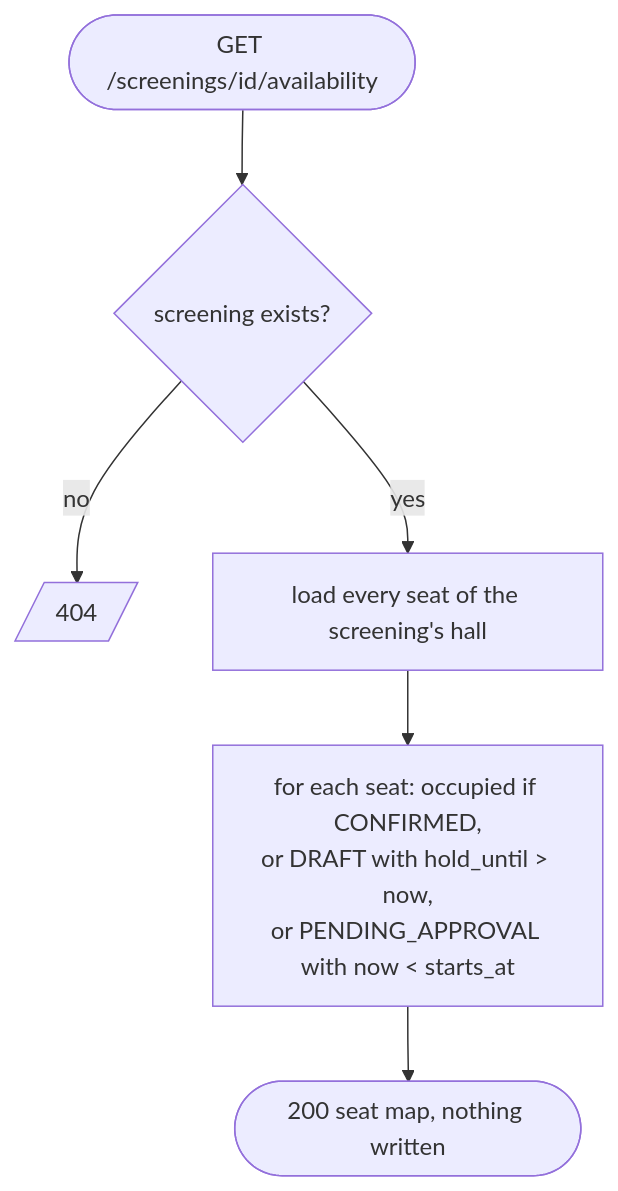
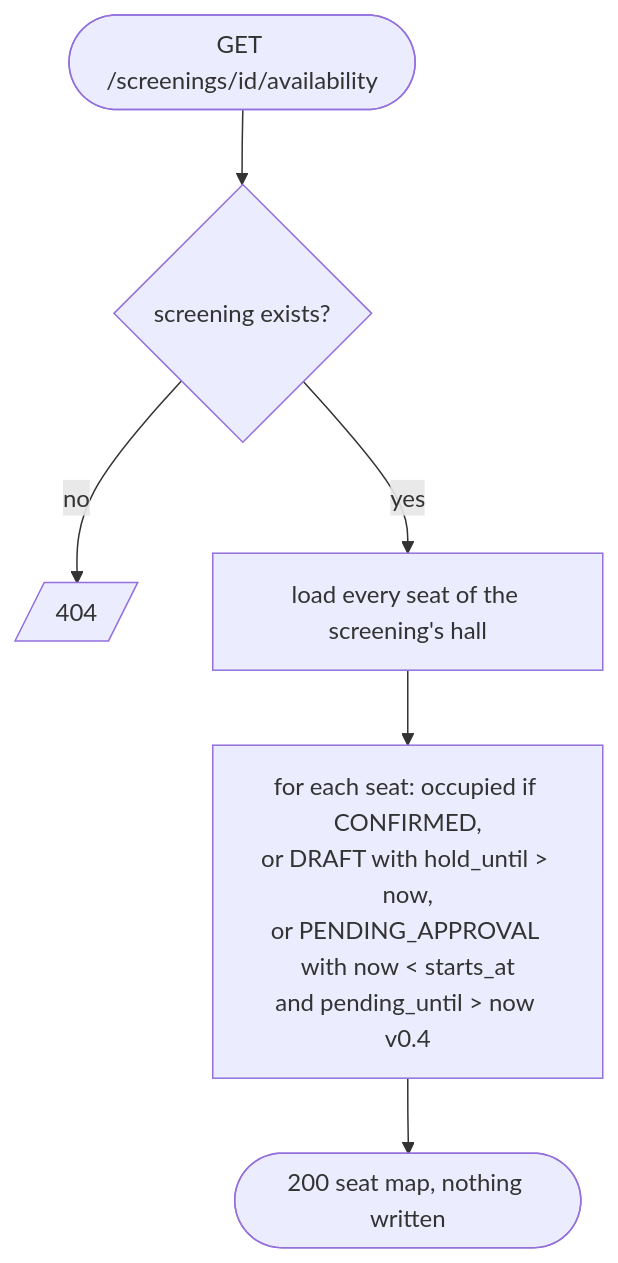
One commit to SerpentSide/SWI_Projekt changed the fourth of 7 diagrams in docs/diagrams.md. Above: the diagram before and after it, drawn with Mermaid. The commit also changed other lines of this file and 12 other files, not shown here.

````diff
--- a/docs/diagrams.md
+++ b/docs/diagrams.md
@@ -142,8 +154,8 @@
 ```mermaid
 flowchart TD
     start([GET /screenings/id/availability]) --> s{screening exists?}
     s -- no --> e404[/404/]
     s -- yes --> load[load every seat of the screening's hall]
-    load --> loop[for each seat: occupied if CONFIRMED,<br/>or DRAFT with hold_until > now,<br/>or PENDING_APPROVAL with now < starts_at]
+    load --> loop[for each seat: occupied if CONFIRMED,<br/>or DRAFT with hold_until > now,<br/>or PENDING_APPROVAL with now < starts_at<br/>and pending_until > now v0.4]
     loop --> ok([200 seat map, nothing written])
 ```
````
